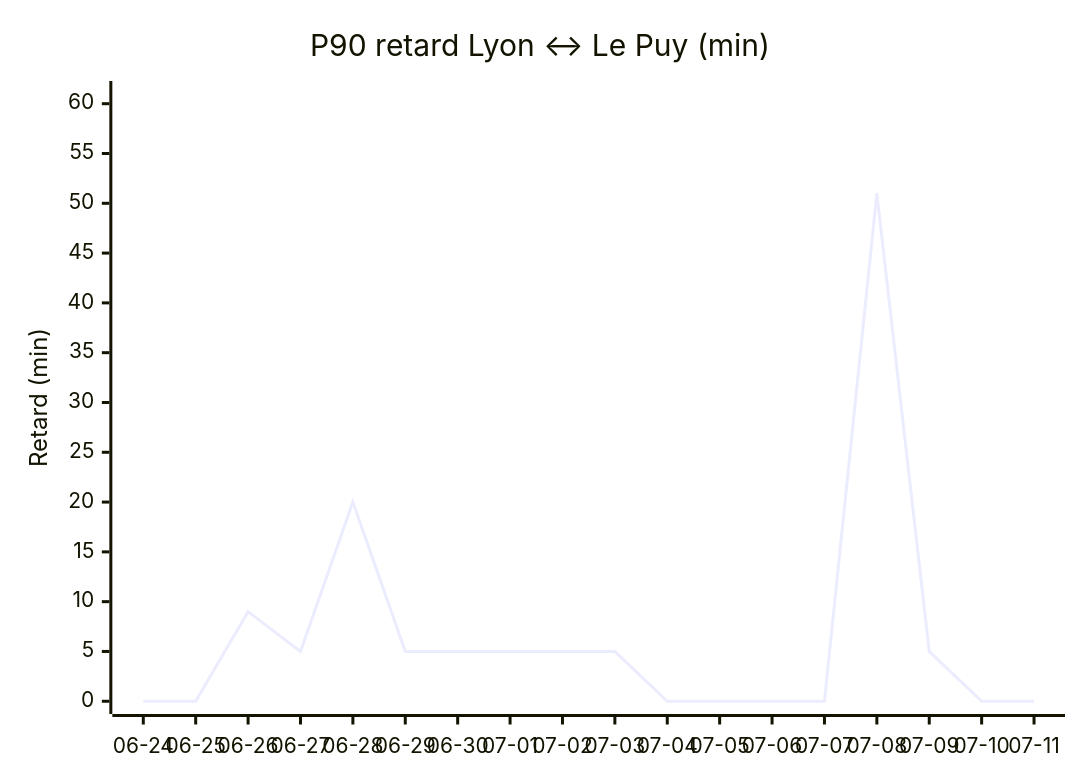
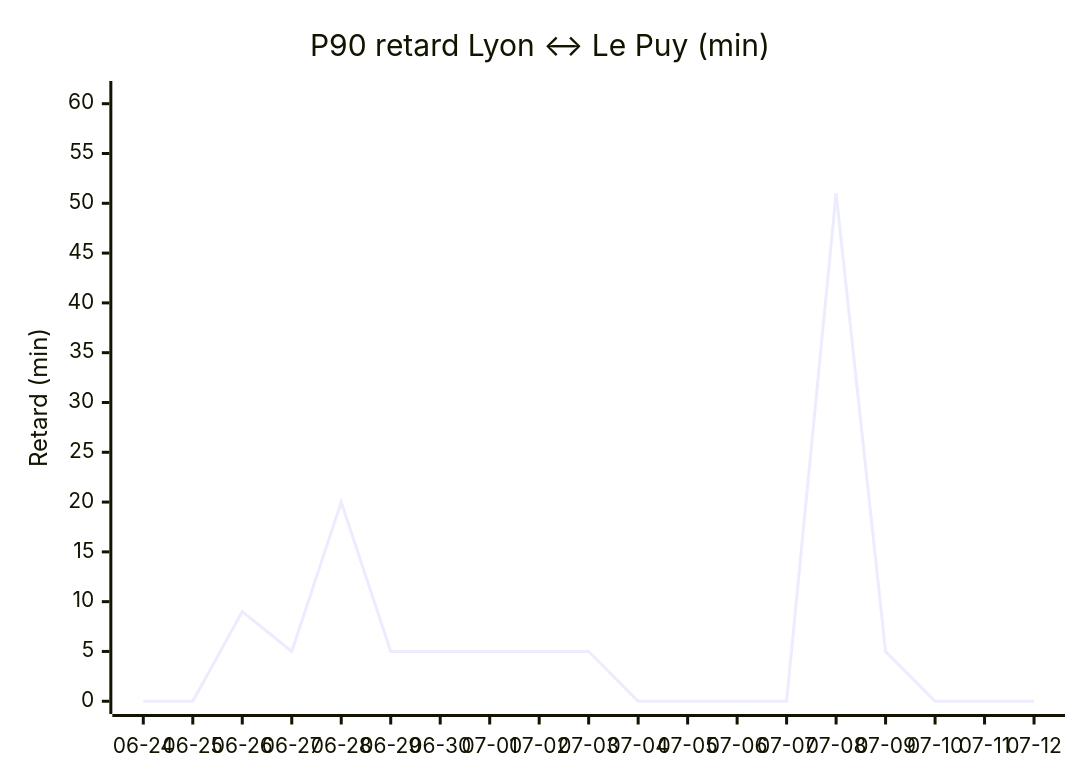
Before and after one commit to antoinerep/horaire-ter: the third of 4 diagrams in STATS.md, drawn with Mermaid. The commit also changed other lines of this file and 1 other file, not shown here.

````diff
--- a/STATS.md
+++ b/STATS.md
@@ -90,7 +91,7 @@
 ```mermaid
 xychart-beta
     title "P90 retard Lyon ↔ Le Puy (min)"
-    x-axis ["06-24", "06-25", "06-26", "06-27", "06-28", "06-29", "06-30", "07-01", "07-02", "07-03", "07-04", "07-05", "07-06", "07-07", "07-08", "07-09", "07-10", "07-11"]
+    x-axis ["06-24", "06-25", "06-26", "06-27", "06-28", "06-29", "06-30", "07-01", "07-02", "07-03", "07-04", "07-05", "07-06", "07-07", "07-08", "07-09", "07-10", "07-11", "07-12"]
     y-axis "Retard (min)" 0 --> 61
-    line [0.0, 0.0, 9.0, 5.0, 20.0, 5.0, 5.0, 5.0, 5.0, 5.0, 0.0, 0.0, 0.0, 0.0, 51.0, 5.0, 0.0, 0.0]
+    line [0.0, 0.0, 9.0, 5.0, 20.0, 5.0, 5.0, 5.0, 5.0, 5.0, 0.0, 0.0, 0.0, 0.0, 51.0, 5.0, 0.0, 0.0, 0.0]
 ```
````
